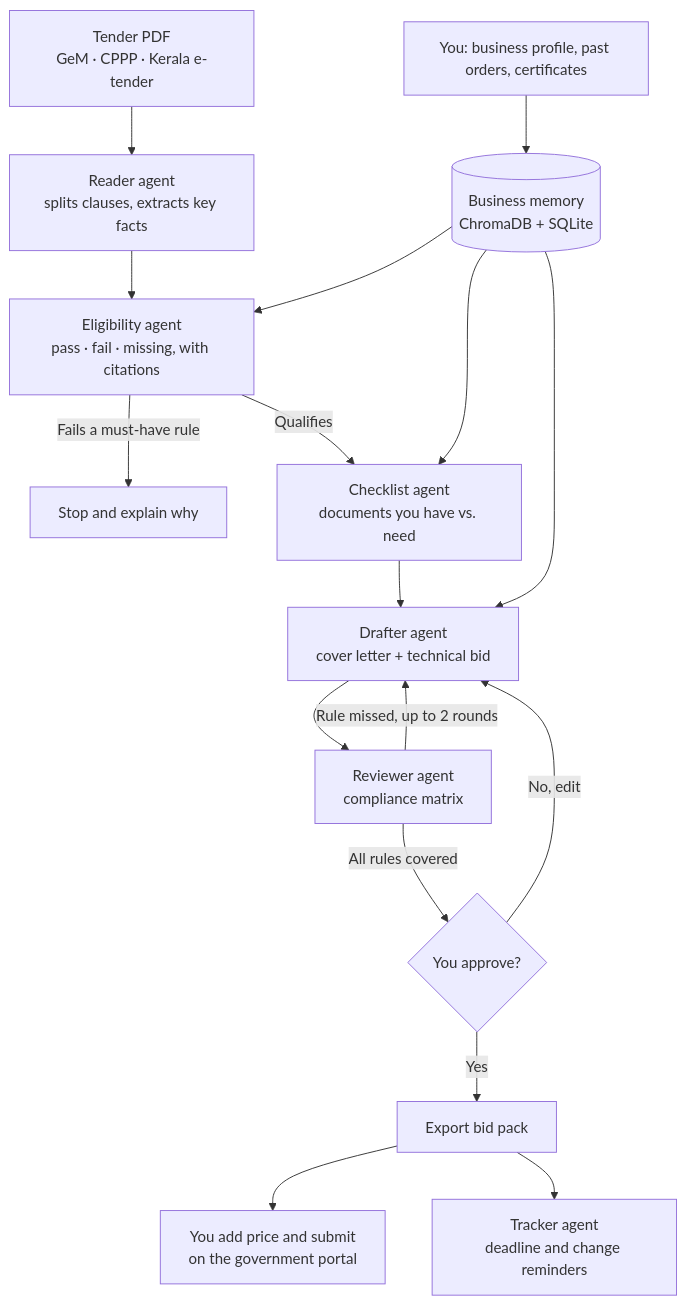
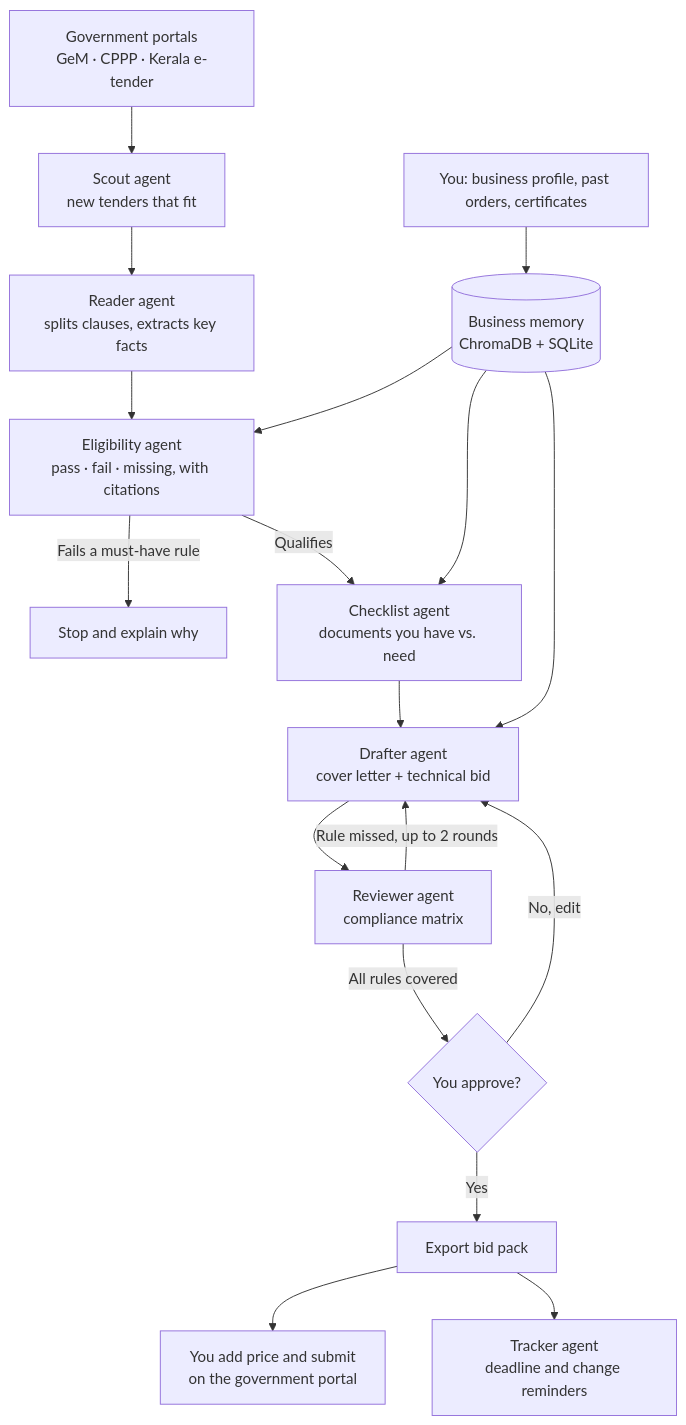
The diagram in README.md (loneryderr536/TenderSathi), drawn with Mermaid before and after one commit. The commit also changed other lines of this file and 44 other files, not shown here.

Commit message:
feat: Scout agent, bid score, gap plan; government fairness check and participation insights; platform dashboard

````diff
--- a/README.md
+++ b/README.md
@@ -96,19 +126,20 @@
 ```mermaid
 flowchart TD
     A[You: business profile, past orders, certificates] --> M[(Business memory<br/>ChromaDB + SQLite)]
-    B[Tender PDF<br/>GeM · CPPP · Kerala e-tender] --> C[Reader agent<br/>splits clauses, extracts key facts]
+    P[Government portals<br/>GeM · CPPP · Kerala e-tender] --> S[Scout agent<br/>new tenders that fit]
+    S --> C[Reader agent<br/>splits clauses, extracts key facts]
     C --> D[Eligibility agent<br/>pass · fail · missing, with citations]
     M --> D
     D -- Fails a must-have rule --> X[Stop and explain why]
     D -- Qualifies --> E[Checklist agent<br/>documents you have vs. need]
     M --> E
     E --> F[Drafter agent<br/>cover letter + technical bid]
     M --> F
     F --> G[Reviewer agent<br/>compliance matrix]
     G -- Rule missed, up to 2 rounds --> F
     G -- All rules covered --> H{You approve?}
     H -- No, edit --> F
     H -- Yes --> I[Export bid pack]
     I --> J[You add price and submit<br/>on the government portal]
     I --> K[Tracker agent<br/>deadline and change reminders]
 ```
````
